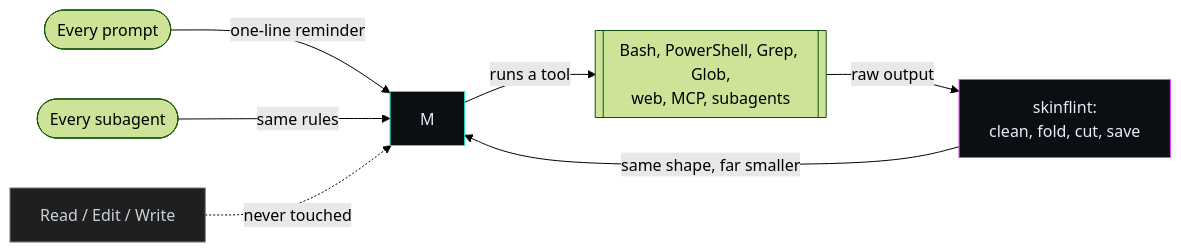
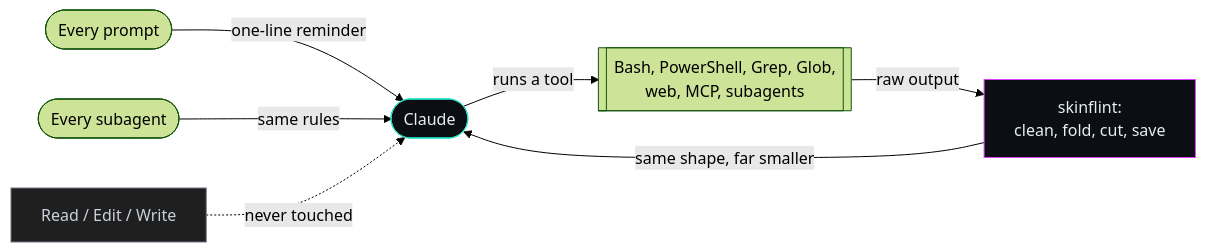
The diagram in README.md (SkYn3t-Lab/skinflint), drawn with Mermaid (forest theme) before and after one commit. The commit also changed 2 other files, not shown here.

Commit message:
0.4.3: README diagram names its centre node again and asks for curved edges
The 0.4.0 edit removed the line that defined the centre node, so it was
drawn as a bare "M" in a plain box. The node is defined on the first edge
that uses it. The diagram now also carries a directive asking for curved
edges and wider label wrapping.

````diff
--- a/README.md
+++ b/README.md
@@ -91,12 +91,13 @@
 ```mermaid
+%%{init: {"flowchart": {"curve": "basis", "wrappingWidth": 320}}}%%
 flowchart LR
-    U(["Every prompt"]) -->|one-line reminder| M
+    U(["Every prompt"]) -->|one-line reminder| M(["Claude"])
     A(["Every subagent"]) -->|same rules| M
     M -->|runs a tool| T[["Bash, PowerShell, Grep, Glob,<br/>web, MCP, subagents"]]
     T -->|raw output| C["skinflint:<br/>clean, fold, cut, save"]
     C -->|same shape, far smaller| M
     R["Read / Edit / Write"] -.->|never touched| M
     style M fill:#0B0F14,stroke:#1FE0C4,color:#e6edf3
     style C fill:#0B0F14,stroke:#E040FB,color:#e6edf3
     style R fill:#1f1f1f,stroke:#6e7681,color:#c9d1d9
 ```
````
